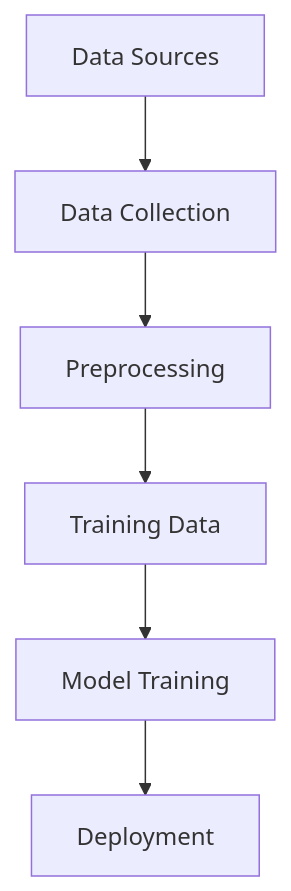
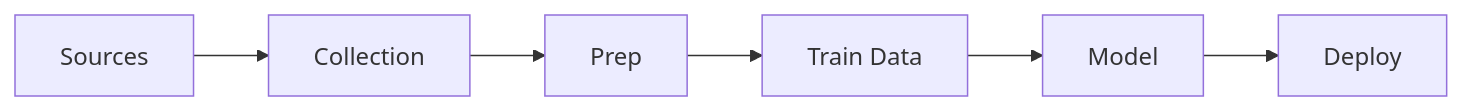
The diagram in README.md (TroyonixAI/troyonix-financial-ai), drawn with Mermaid before and after one commit.

Commit message:
Make Mermaid diagram compact and horizontal for better readability

````diff
--- a/README.md
+++ b/README.md
@@ -20,8 +20,8 @@
 ```mermaid
-graph TD;
-    A[Data Sources] --> B[Data Collection];
-    B --> C[Preprocessing];
-    C --> D[Training Data];
-    D --> E[Model Training];
-    E --> F[Deployment];
+graph LR;
+    A[Sources] --> B[Collection];
+    B --> C[Prep];
+    C --> D[Train Data];
+    D --> E[Model];
+    E --> F[Deploy];
 ```
````
